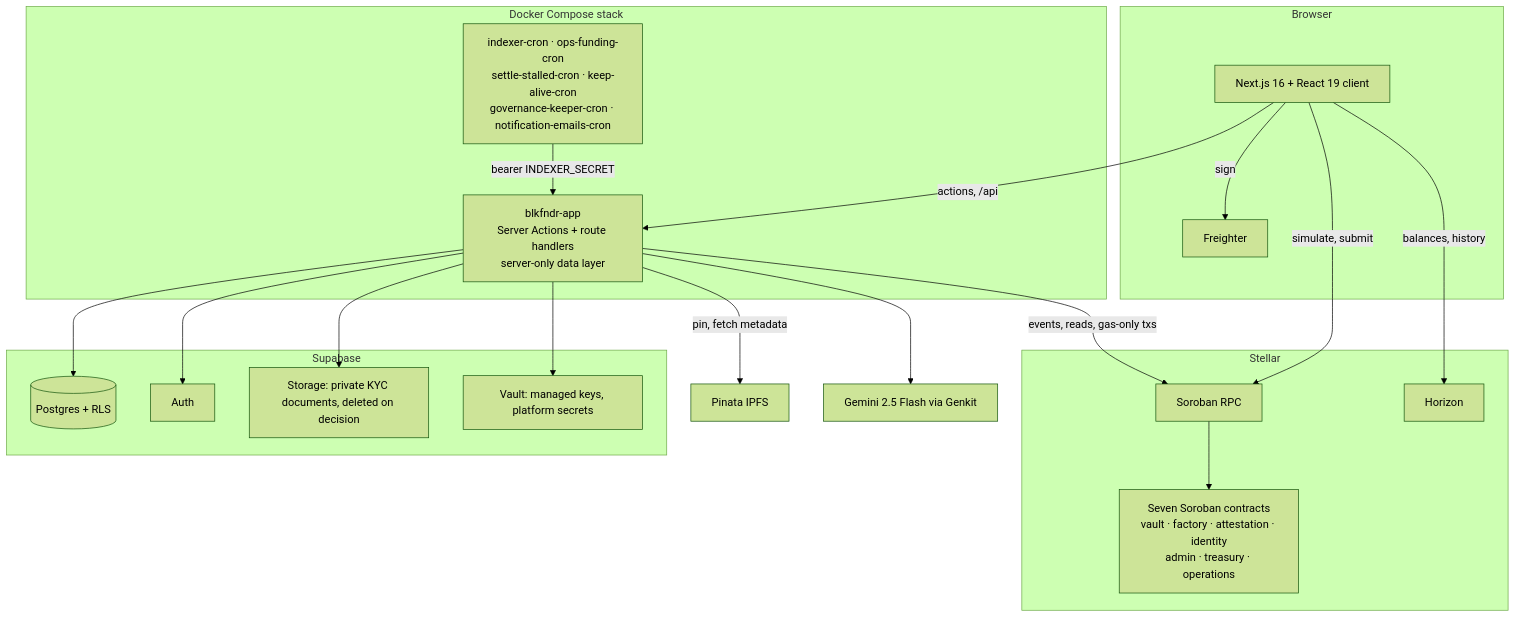
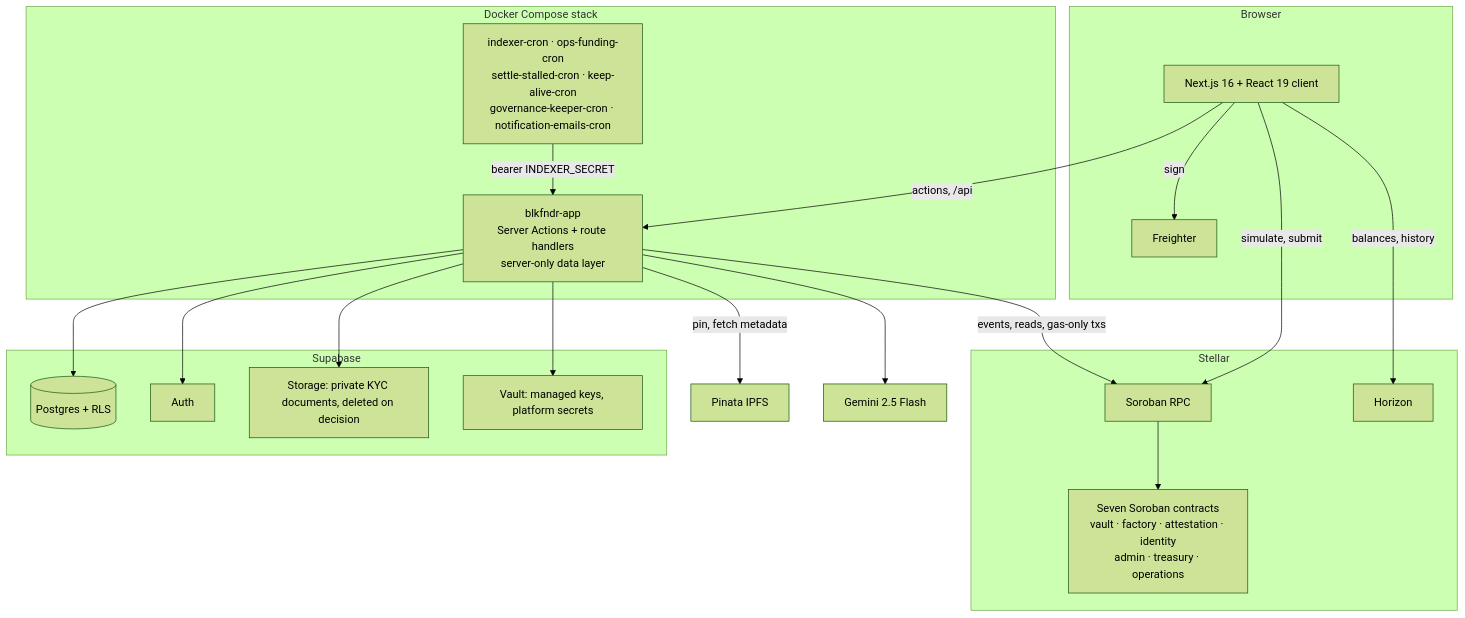
Before and after one commit to BLKFNDRPH/blkfndrapp: the diagram in docs/architecture.md, drawn with Mermaid (forest theme). The commit also changed other lines of this file and 24 other files, not shown here.

````diff
--- a/docs/architecture.md
+++ b/docs/architecture.md
@@ -7,42 +7,42 @@
 ```mermaid
 graph TB
     subgraph Browser
         UI[Next.js 16 + React 19 client]
         FW[Freighter]
     end
 
     subgraph "Docker Compose stack"
         APP[blkfndr-app<br/>Server Actions + route handlers<br/>server-only data layer]
         CRON[indexer-cron · ops-funding-cron<br/>settle-stalled-cron · keep-alive-cron<br/>governance-keeper-cron · notification-emails-cron]
     end
 
     subgraph Stellar
         SRPC[Soroban RPC]
         HZN[Horizon]
         SUITE[Seven Soroban contracts<br/>vault · factory · attestation · identity<br/>admin · treasury · operations]
     end
 
     subgraph Supabase
         PG[(Postgres + RLS)]
         AUTH[Auth]
         STG[Storage: private KYC documents, deleted on decision]
         SV[Vault: managed keys, platform secrets]
     end
 
     PIN[Pinata IPFS]
-    GEM[Gemini 2.5 Flash via Genkit]
+    GEM[Gemini 2.5 Flash]
 
     UI -->|actions, /api| APP
     UI -->|sign| FW
     UI -->|simulate, submit| SRPC
     UI -->|balances, history| HZN
     CRON -->|bearer INDEXER_SECRET| APP
     APP --> PG
     APP --> AUTH
     APP --> STG
     APP --> SV
     APP -->|pin, fetch metadata| PIN
     APP --> GEM
     APP -->|events, reads, gas-only txs| SRPC
     SRPC --> SUITE
 ```
````
